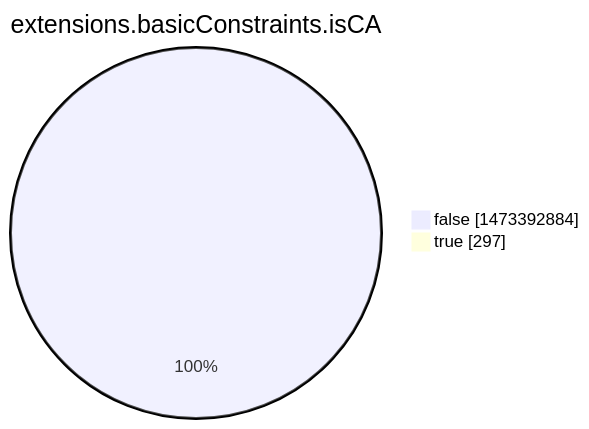
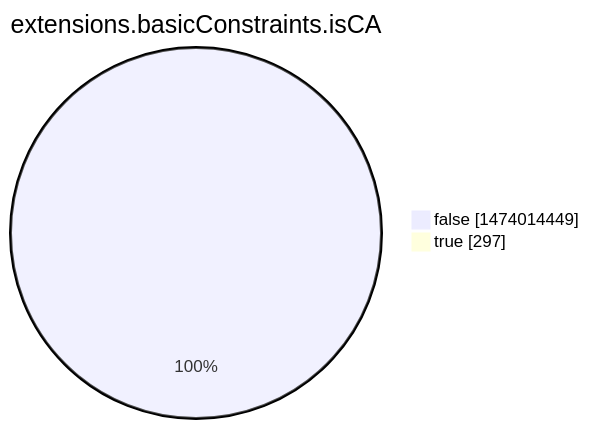
Before and after one commit to christiankrug/ctmonitor_visualization: the eighth of 15 diagrams in argon2022/README.md, drawn with Mermaid. The commit also changed other lines of this file, not shown here.

````diff
--- a/argon2022/README.md
+++ b/argon2022/README.md
@@ -2760,6 +2760,6 @@
 ```mermaid
 pie showData
 title extensions.basicConstraints.isCA
-"false" :1473392884
+"false" :1474014449
 "true" :297
 ```
````
